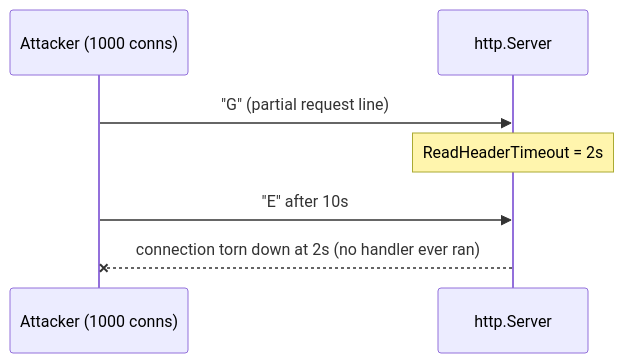
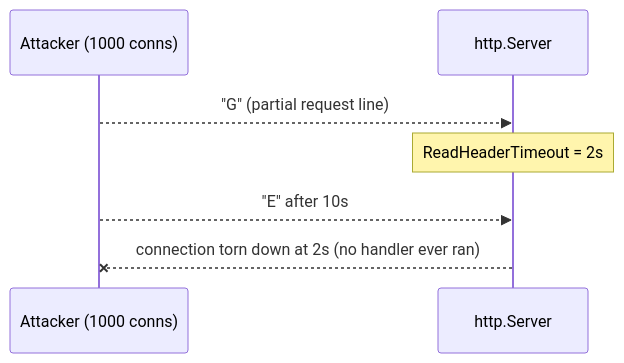
The first of 2 diagrams in content/learn/production-hardening.md (PunitNaran/golang4u), drawn with Mermaid before and after one commit. The commit also changed 18 other files, not shown here.

Commit message:
fix mermaid sequence-arrow syntax (->, -->> , labeled arrows break hugo template parser)

````diff
--- a/content/learn/production-hardening.md
+++ b/content/learn/production-hardening.md
@@ -29,9 +29,9 @@
 ```mermaid
 sequenceDiagram
     participant A as Attacker (1000 conns)
     participant S as http.Server
-    A->>S: "G" (partial request line)
+    A-->>S: "G" (partial request line)
     Note over S: ReadHeaderTimeout = 2s
-    A->>S: "E" after 10s
+    A-->>S: "E" after 10s
     S--xA: connection torn down at 2s (no handler ever ran)
 ```
````
